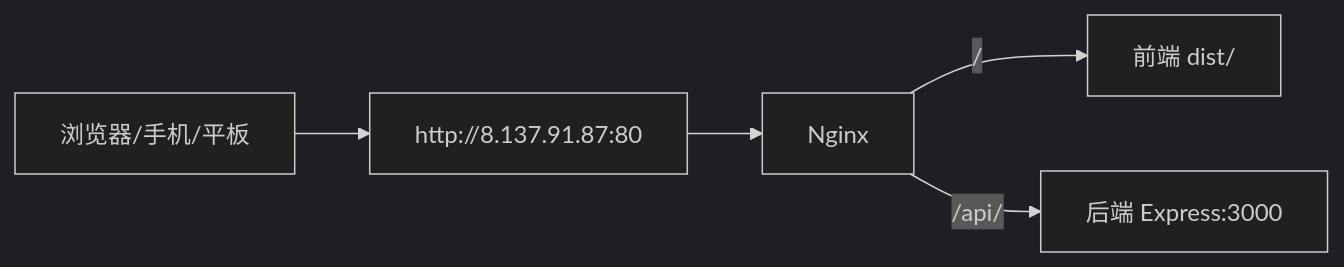
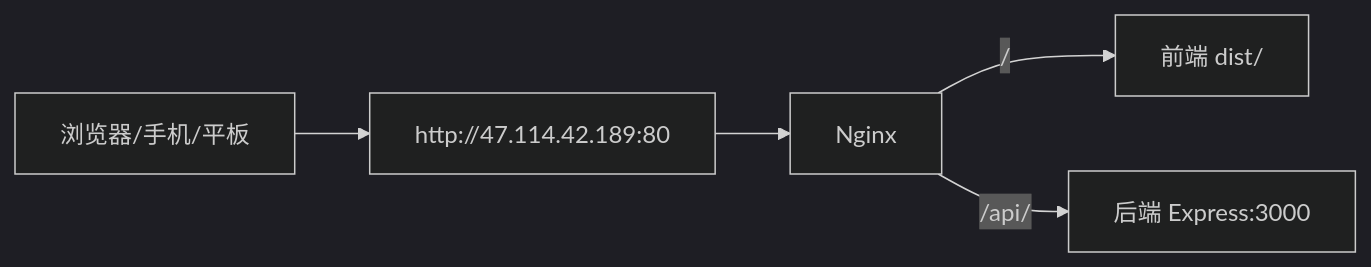
The sixth of 6 diagrams in 更新公告与共创者上传教程/更新与协作教程.md (T-an-H/first-ancient), drawn with Mermaid (dark theme) before and after one commit. The commit also changed other lines of this file and 3 other files, not shown here.

````diff
--- a/更新公告与共创者上传教程/更新与协作教程.md
+++ b/更新公告与共创者上传教程/更新与协作教程.md
@@ -234,7 +234,7 @@
 ```mermaid
 flowchart LR
-  B["浏览器/手机/平板"] --> IP["http://8.137.91.87:80"]
+  B["浏览器/手机/平板"] --> IP["http://47.114.42.189:80"]
   IP --> N["Nginx"]
   N -->|"/"| FE["前端 dist/"]
   N -->|"/api/"| BE["后端 Express:3000"]
 ```
````
